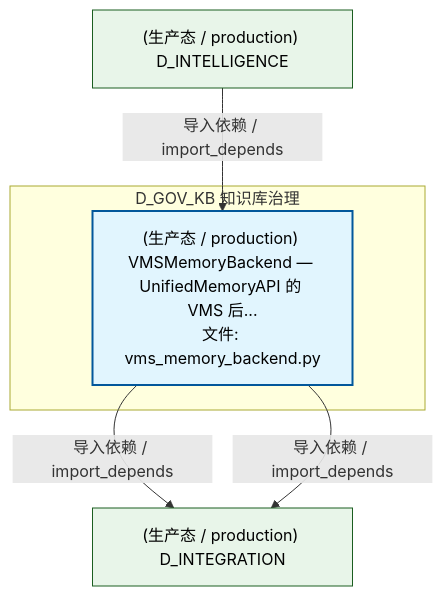
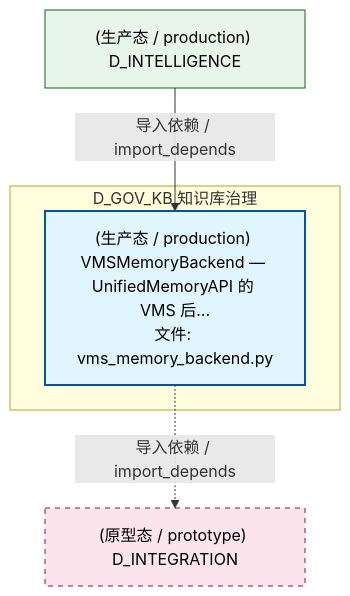
The second of 5 diagrams in docs/02_enterprise_architecture/02_domain_architecture_docs/43_d_gov_kb.md (xuanFelixVan/ZephyrAlpha), drawn with Mermaid before and after one commit. The commit also changed other lines of this file and 97 other files, not shown here.

````diff
--- a/docs/02_enterprise_architecture/02_domain_architecture_docs/43_d_gov_kb.md
+++ b/docs/02_enterprise_architecture/02_domain_architecture_docs/43_d_gov_kb.md
@@ -184,17 +184,17 @@
 ```mermaid
 graph TD
     subgraph D_GOV_KB["D_GOV_KB 知识库治理"]
         src_zephyr_gov_kb_vms_memory_backend_py["(生产态 / production) VMSMemoryBackend — UnifiedMemoryAPI 的 VMS 后...<br/>文件: vms_memory_backend.py"]
     end
-    D_INTEGRATION["(生产态 / production) D_INTEGRATION"]
-    src_zephyr_gov_kb_vms_memory_backend_py -->|导入依赖 / import_depends| D_INTEGRATION
-    src_zephyr_gov_kb_vms_memory_backend_py -->|导入依赖 / import_depends| D_INTEGRATION
+    D_INTEGRATION["(原型态 / prototype) D_INTEGRATION"]
+    src_zephyr_gov_kb_vms_memory_backend_py -.->|导入依赖 / import_depends| D_INTEGRATION
     D_INTELLIGENCE["(生产态 / production) D_INTELLIGENCE"]
     D_INTELLIGENCE -->|导入依赖 / import_depends| src_zephyr_gov_kb_vms_memory_backend_py
     classDef production fill:#e1f5fe,stroke:#01579b,stroke-width:2px,color:#000
     classDef design fill:#fff3e0,stroke:#e65100,stroke-width:2px,color:#000,stroke-dasharray: 5 5
     classDef external_prod fill:#e8f5e9,stroke:#1b5e20,stroke-width:1px,color:#000
     classDef external_design fill:#fce4ec,stroke:#880e4f,stroke-width:1px,color:#000,stroke-dasharray: 5 5
     class src_zephyr_gov_kb_vms_memory_backend_py production
-    class D_INTEGRATION,D_INTELLIGENCE external_prod
+    class D_INTELLIGENCE external_prod
+    class D_INTEGRATION external_design
 ```
````
